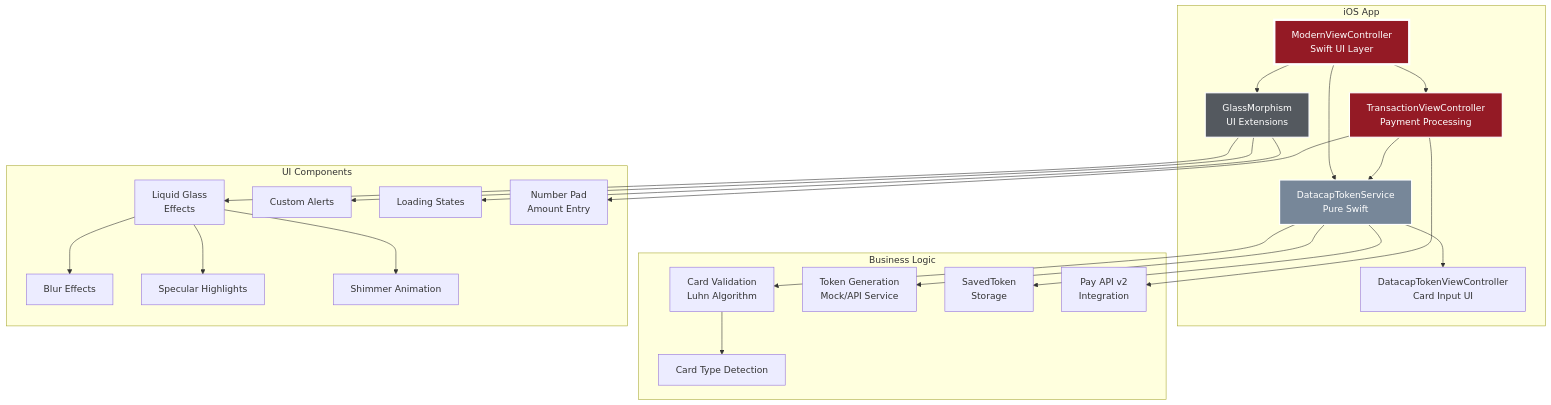
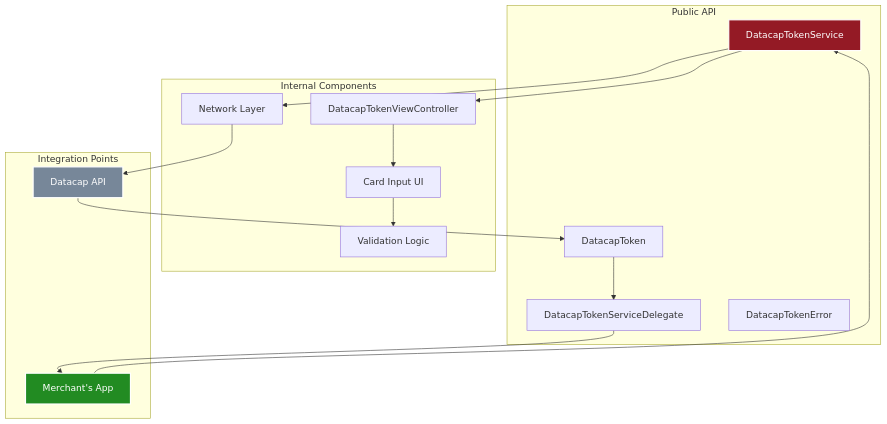
The third of 4 diagrams in README.md (datacapsystems/Datacap-MobileToken-iOS-2025), drawn with Mermaid before and after one commit. The commit also changed other lines of this file and 15 other files, not shown here.

````diff
--- a/README.md
+++ b/README.md
@@ -88,33 +92,35 @@
 ```mermaid
 graph TB
-    subgraph "iOS App"
-        A[ModernViewController<br/>Swift UI Layer] --> B[DatacapTokenService<br/>Pure Swift]
-        A --> C[GlassMorphism<br/>UI Extensions]
-        A --> T[TransactionViewController<br/>Payment Processing]
-        B --> D[DatacapTokenViewController<br/>Card Input UI]
-        T --> B
+    subgraph "Public API"
+        DTS[DatacapTokenService]
+        DEL[DatacapTokenServiceDelegate]
+        TOK[DatacapToken]
+        ERR[DatacapTokenError]
     end
     
-    subgraph "Business Logic"
-        B --> E[Card Validation<br/>Luhn Algorithm]
-        B --> F[Token Generation<br/>Mock/API Service]
-        E --> G[Card Type Detection]
-        B --> S[SavedToken<br/>Storage]
-        T --> P[Pay API v2<br/>Integration]
+    subgraph "Internal Components"
+        DTVC[DatacapTokenViewController]
+        CARD[Card Input UI]
+        VAL[Validation Logic]
+        NET[Network Layer]
     end
     
-    subgraph "UI Components"
-        C --> H[Liquid Glass<br/>Effects]
-        C --> I[Custom Alerts]
-        C --> J[Loading States]
-        H --> K[Blur Effects]
-        H --> L[Specular Highlights]
-        H --> M[Shimmer Animation]
-        T --> N[Number Pad<br/>Amount Entry]
+    subgraph "Integration Points"
+        APP[Merchant's App]
+        API[Datacap API]
     end
     
-    style A fill:#941a25,stroke:#fff,stroke-width:4px,color:#fff
-    style B fill:#778799,stroke:#fff,stroke-width:2px,color:#fff
-    style C fill:#54595f,stroke:#fff,stroke-width:2px,color:#fff
-    style T fill:#941a25,stroke:#fff,stroke-width:2px,color:#fff
+    APP --> DTS
+    DTS --> DTVC
+    DTVC --> CARD
+    CARD --> VAL
+    DTS --> NET
+    NET --> API
+    API --> TOK
+    TOK --> DEL
+    DEL --> APP
+    
+    style DTS fill:#941a25,stroke:#fff,stroke-width:2px,color:#fff
+    style APP fill:#228b22,stroke:#fff,stroke-width:2px,color:#fff
+    style API fill:#778799,stroke:#fff,stroke-width:2px,color:#fff
 ```
````
